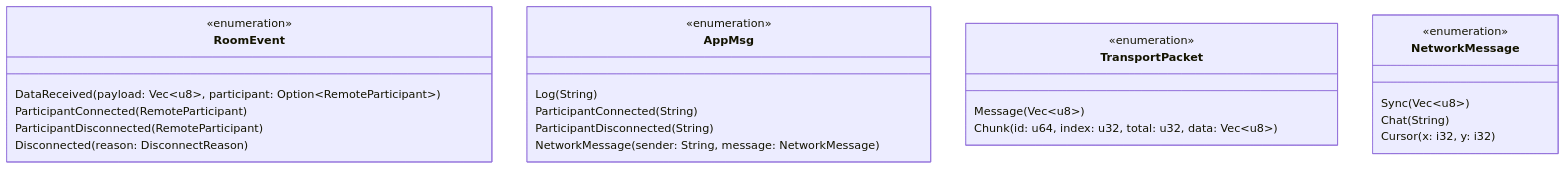
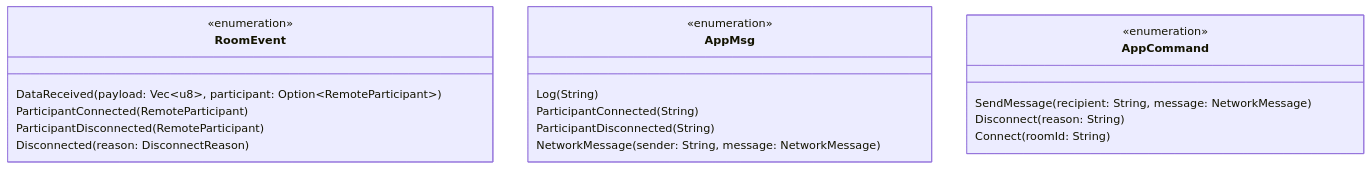
The diagram in docs/diagrams/room_event_class_diagram.md (sweettirexkiller/praca_dyplomowa_mini_pw_25_26), drawn with Mermaid before and after one commit. The commit also changed 10 other files, not shown here.

````diff
--- a/docs/diagrams/room_event_class_diagram.md
+++ b/docs/diagrams/room_event_class_diagram.md
@@ -5,32 +5,26 @@
 ```mermaid
 classDiagram
     class RoomEvent {
         <<enumeration>>
         <<external - LiveKit SDK>>
         DataReceived(payload: Vec~u8~, participant: Option~RemoteParticipant~)
         ParticipantConnected(RemoteParticipant)
         ParticipantDisconnected(RemoteParticipant)
         Disconnected(reason: DisconnectReason)
     }
 
     class AppMsg {
         <<enumeration>>
         Log(String)
         ParticipantConnected(String)
         ParticipantDisconnected(String)
         NetworkMessage(sender: String, message: NetworkMessage)
     }
 
-    class TransportPacket {
+    class AppCommand {
         <<enumeration>>
-        Message(Vec~u8~)
-        Chunk(id: u64, index: u32, total: u32, data: Vec~u8~)
-    }
-
-    class NetworkMessage {
-        <<enumeration>>
-        Sync(Vec~u8~)
-        Chat(String)
-        Cursor(x: i32, y: i32)
+        SendMessage(recipient: String, message: NetworkMessage)
+        Disconnect(reason: String)
+        Connect(roomId: String)
     }
 ```
````
